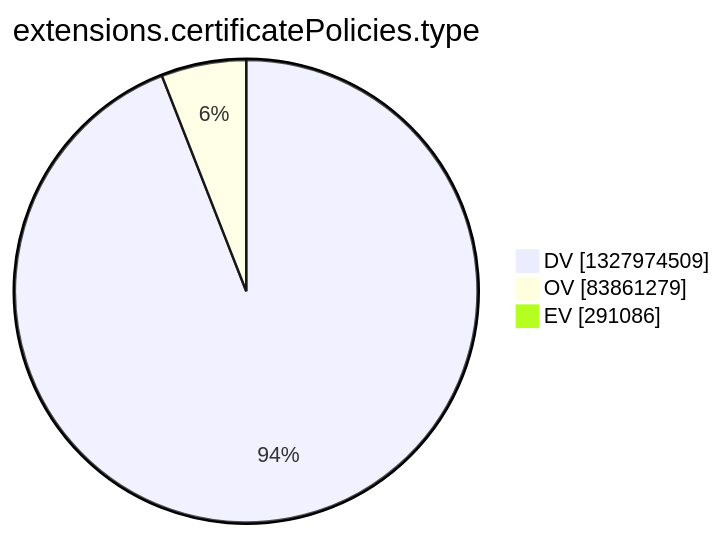
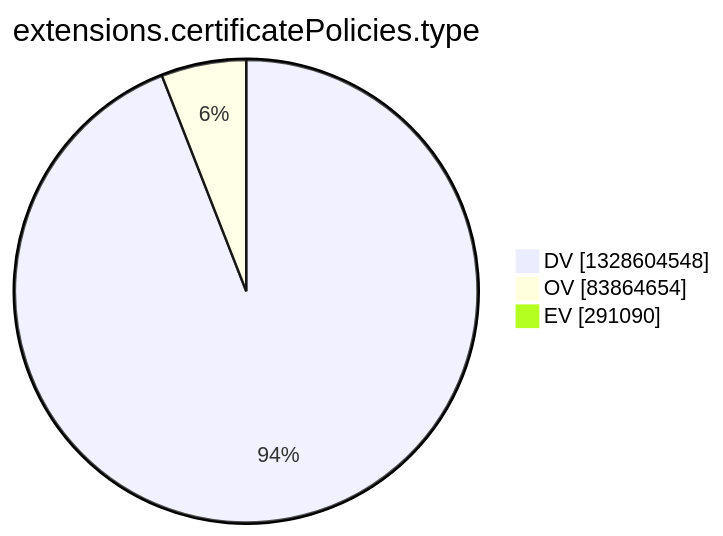
Before and after one commit to christiankrug/ctmonitor_visualization: the tenth of 15 diagrams in argon2022/README.md, drawn with Mermaid. The commit also changed other lines of this file, not shown here.

````diff
--- a/argon2022/README.md
+++ b/argon2022/README.md
@@ -2772,7 +2772,7 @@
 ```mermaid
 pie showData
 title extensions.certificatePolicies.type
-"DV" :1327974509
-"OV" :83861279
-"EV" :291086
+"DV" :1328604548
+"OV" :83864654
+"EV" :291090
 ```
````
